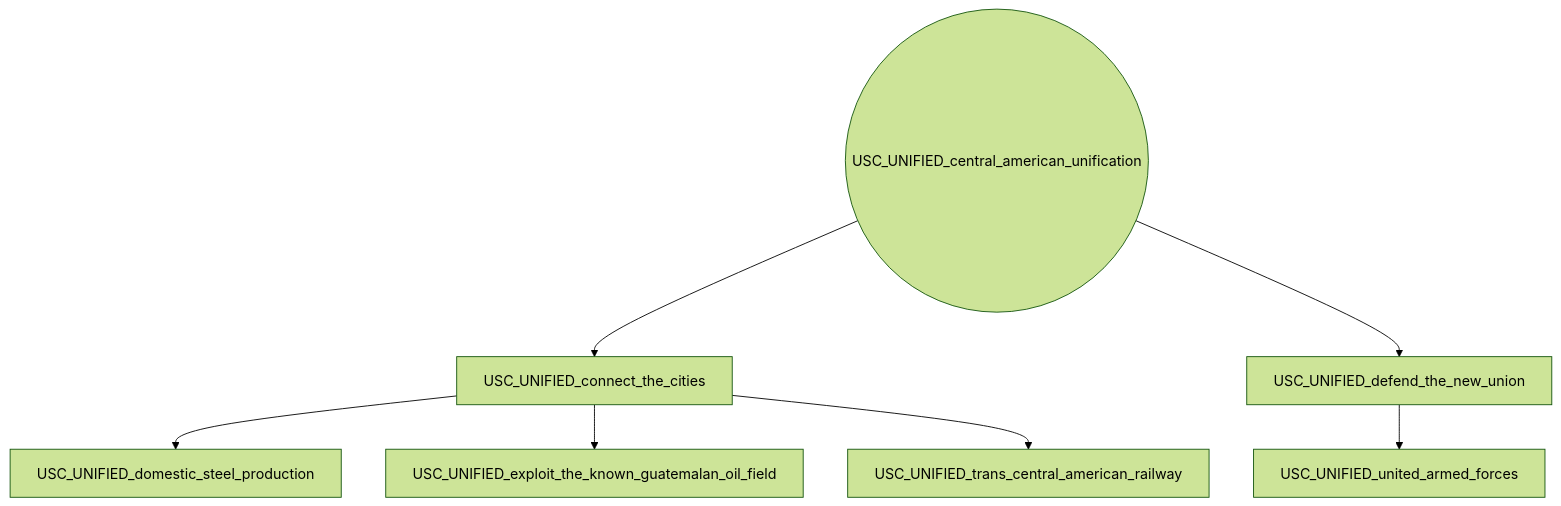
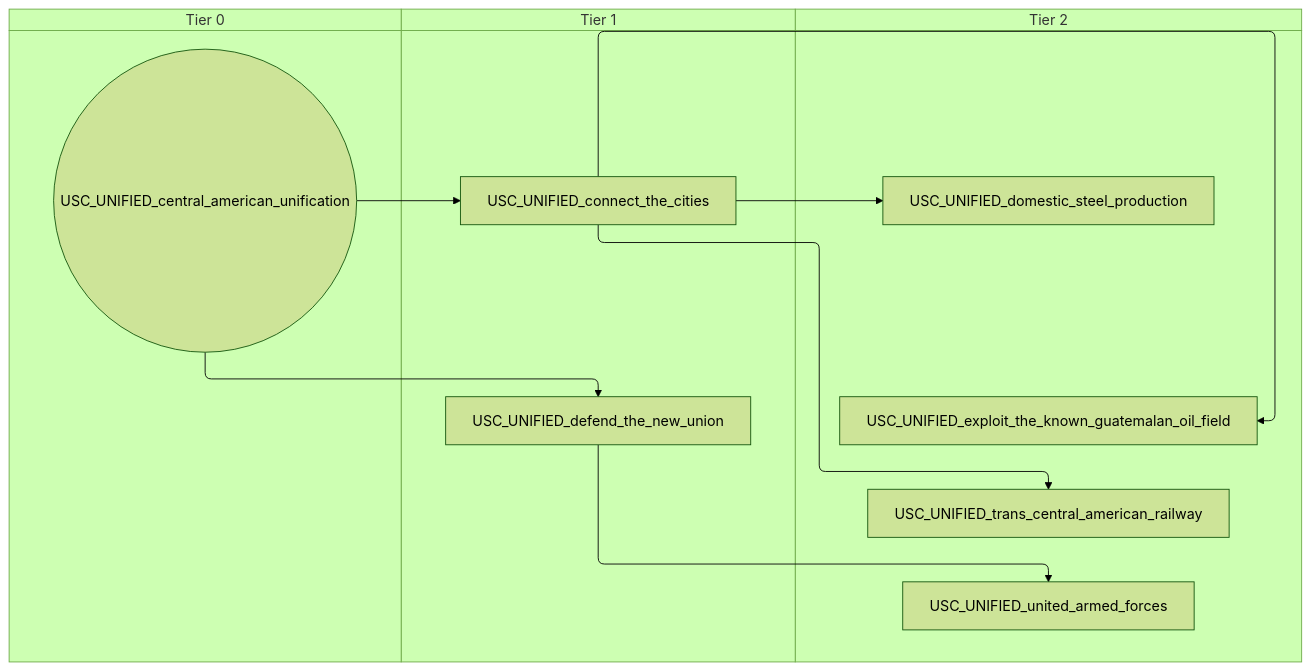
Before and after one commit to evgeny-sobol/hoi4-sandbox-mode-r56: the diagram in docs/gdd/National Focuses/r56/r56_central_america_shared.md, drawn with Mermaid (forest theme). The commit also changed 423 other files, not shown here.

First line of the commit message:
Re-export Rt56 focus trees as swimlane diagrams

````diff
--- a/docs/gdd/National Focuses/r56/r56_central_america_shared.md
+++ b/docs/gdd/National Focuses/r56/r56_central_america_shared.md
@@ -3,16 +3,22 @@
 ```mermaid
-flowchart TD
-    n1(("USC_UNIFIED_central_american_unification"))
-    n2["USC_UNIFIED_connect_the_cities"]
-    n3["USC_UNIFIED_defend_the_new_union"]
-    n4["USC_UNIFIED_domestic_steel_production"]
-    n5["USC_UNIFIED_exploit_the_known_guatemalan_oil_field"]
-    n6["USC_UNIFIED_trans_central_american_railway"]
-    n7["USC_UNIFIED_united_armed_forces"]
+swimlane-beta TD
+    subgraph tier_0["Tier 0"]
+        n1(("USC_UNIFIED_central_american_unification"))
+    end
+    subgraph tier_1["Tier 1"]
+        n2["USC_UNIFIED_connect_the_cities"]
+        n3["USC_UNIFIED_defend_the_new_union"]
+    end
+    subgraph tier_2["Tier 2"]
+        n4["USC_UNIFIED_domestic_steel_production"]
+        n5["USC_UNIFIED_exploit_the_known_guatemalan_oil_field"]
+        n6["USC_UNIFIED_trans_central_american_railway"]
+        n7["USC_UNIFIED_united_armed_forces"]
+    end
     n1 --> n2
     n1 --> n3
     n2 --> n4
     n2 --> n5
     n2 --> n6
     n3 --> n7
 ```
````
